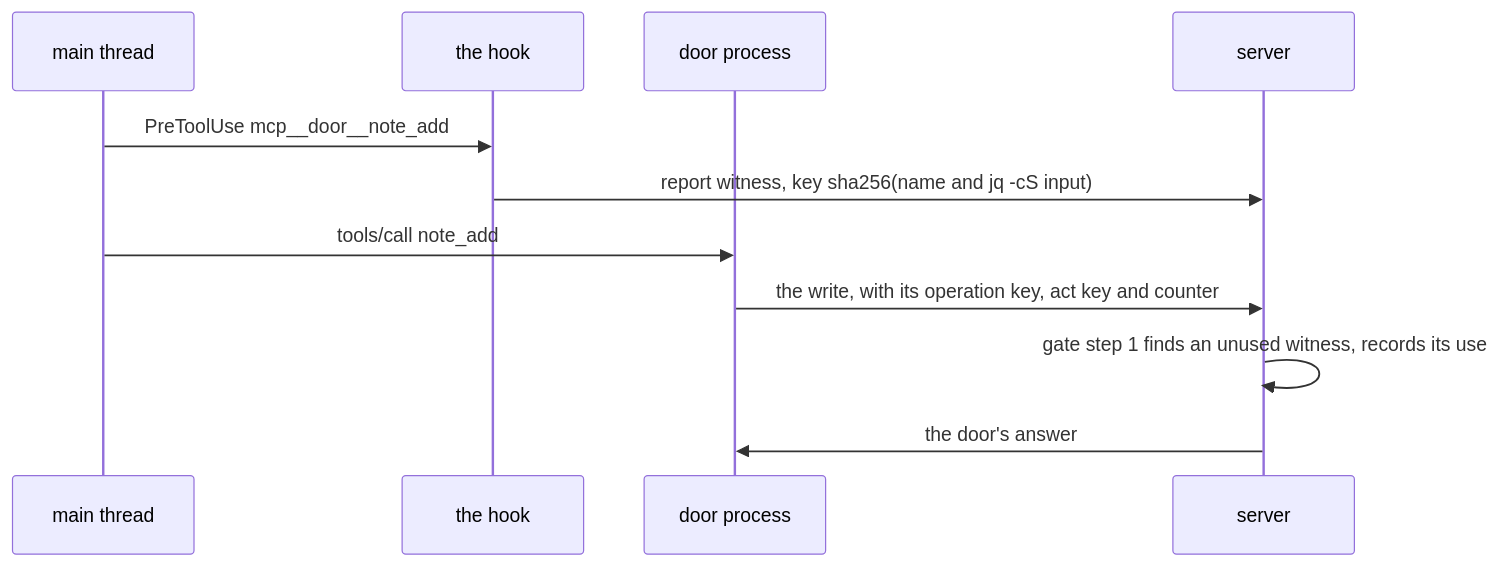
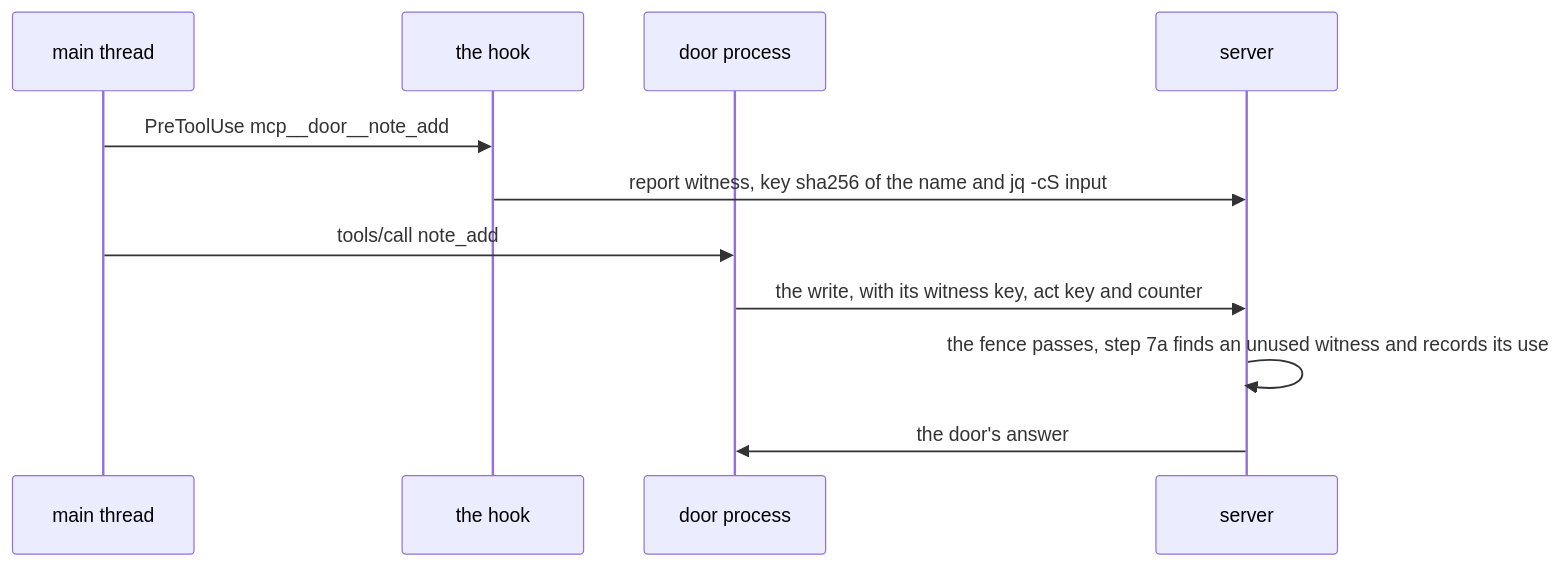
One commit to Synapsium-Labs/ccrc-pwa changed the second of 2 diagrams in docs/superpowers/plans/2026-11-14-overlord-w1/w1-door-process.md. Above: the diagram before and after it, drawn with Mermaid. The commit also changed other lines of this file and 1 other file, not shown here.

````diff
--- a/docs/superpowers/plans/2026-11-14-overlord-w1/w1-door-process.md
+++ b/docs/superpowers/plans/2026-11-14-overlord-w1/w1-door-process.md
@@ -350,13 +420,13 @@
 ```mermaid
 sequenceDiagram
   participant M as main thread
   participant H as the hook
   participant D as door process
   participant S as server
   M->>H: PreToolUse mcp__door__note_add
-  H->>S: report witness, key sha256(name and jq -cS input)
+  H->>S: report witness, key sha256 of the name and jq -cS input
   M->>D: tools/call note_add
-  D->>S: the write, with its operation key, act key and counter
-  S->>S: gate step 1 finds an unused witness, records its use
+  D->>S: the write, with its witness key, act key and counter
+  S->>S: the fence passes, step 7a finds an unused witness and records its use
   S->>D: the door's answer
 ```
````
